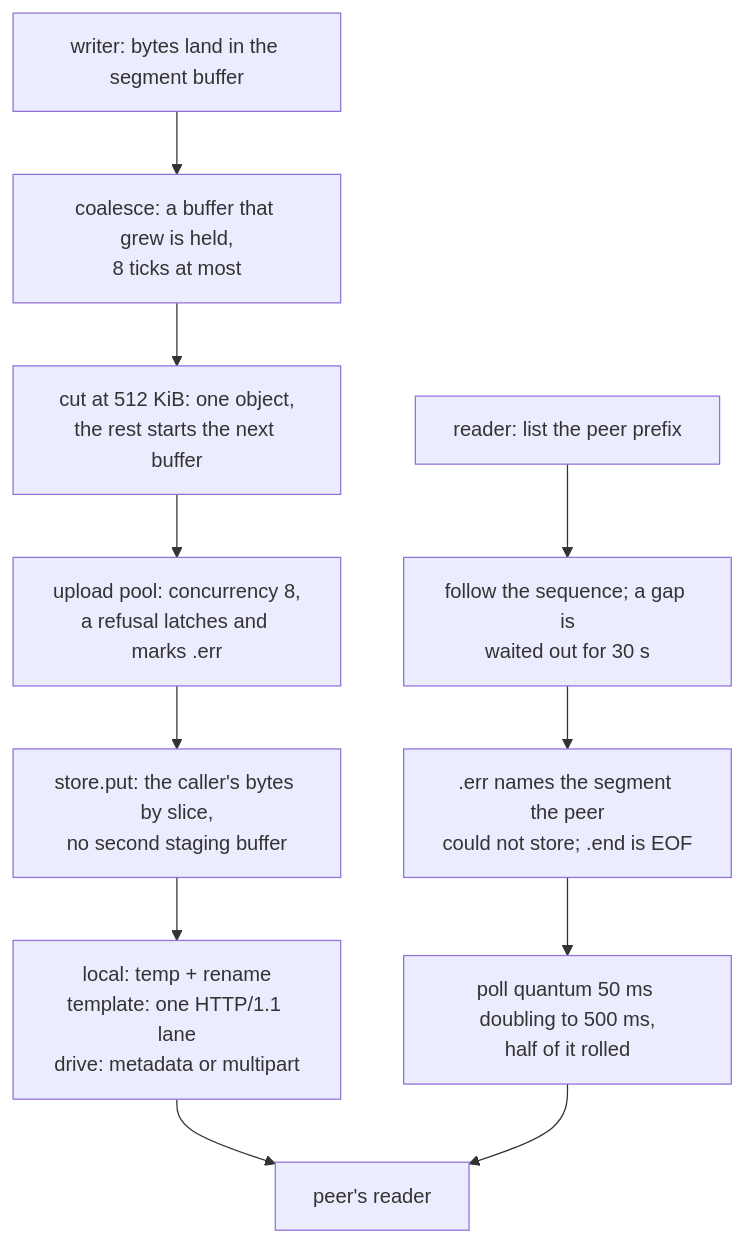
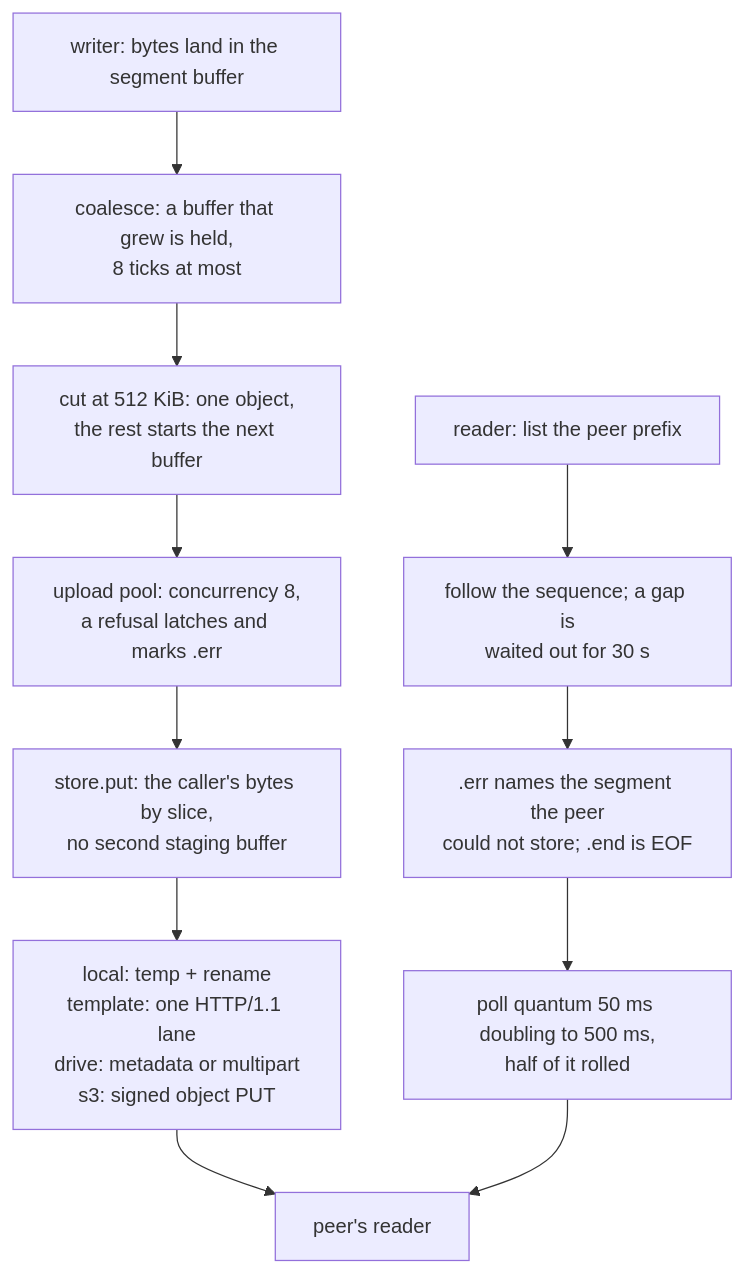
One commit to Ferrocite/ferrox changed the diagram in docs/function/carrier-xdrive.md. Above: the diagram before and after it, drawn with Mermaid. The commit also changed other lines of this file and 4 other files, not shown here.

````diff
--- a/docs/function/carrier-xdrive.md
+++ b/docs/function/carrier-xdrive.md
@@ -13,13 +13,13 @@
 ```mermaid
 graph TD
     A["writer: bytes land in the segment buffer"] --> B["coalesce: a buffer that grew is held,<br/>8 ticks at most"]
     B --> C["cut at 512 KiB: one object,<br/>the rest starts the next buffer"]
     C --> D["upload pool: concurrency 8,<br/>a refusal latches and marks .err"]
     D --> E["store.put: the caller's bytes by slice,<br/>no second staging buffer"]
-    E --> F["local: temp + rename<br/>template: one HTTP/1.1 lane<br/>drive: metadata or multipart"]
+    E --> F["local: temp + rename<br/>template: one HTTP/1.1 lane<br/>drive: metadata or multipart<br/>s3: signed object PUT"]
     G["reader: list the peer prefix"] --> H["follow the sequence; a gap is<br/>waited out for 30 s"]
     H --> I[".err names the segment the peer<br/>could not store; .end is EOF"]
     I --> J["poll quantum 50 ms doubling to 500 ms,<br/>half of it rolled"]
     F --> K["peer's reader"]
     J --> K
 ```
````
